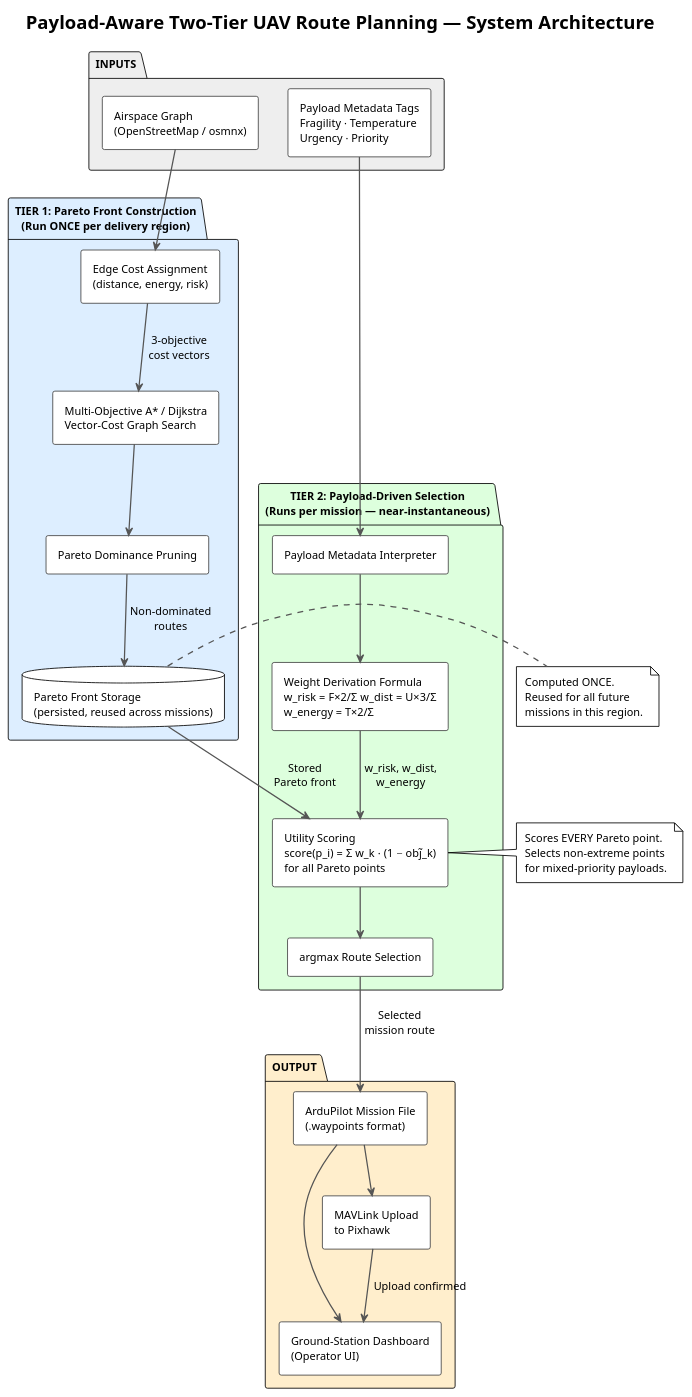
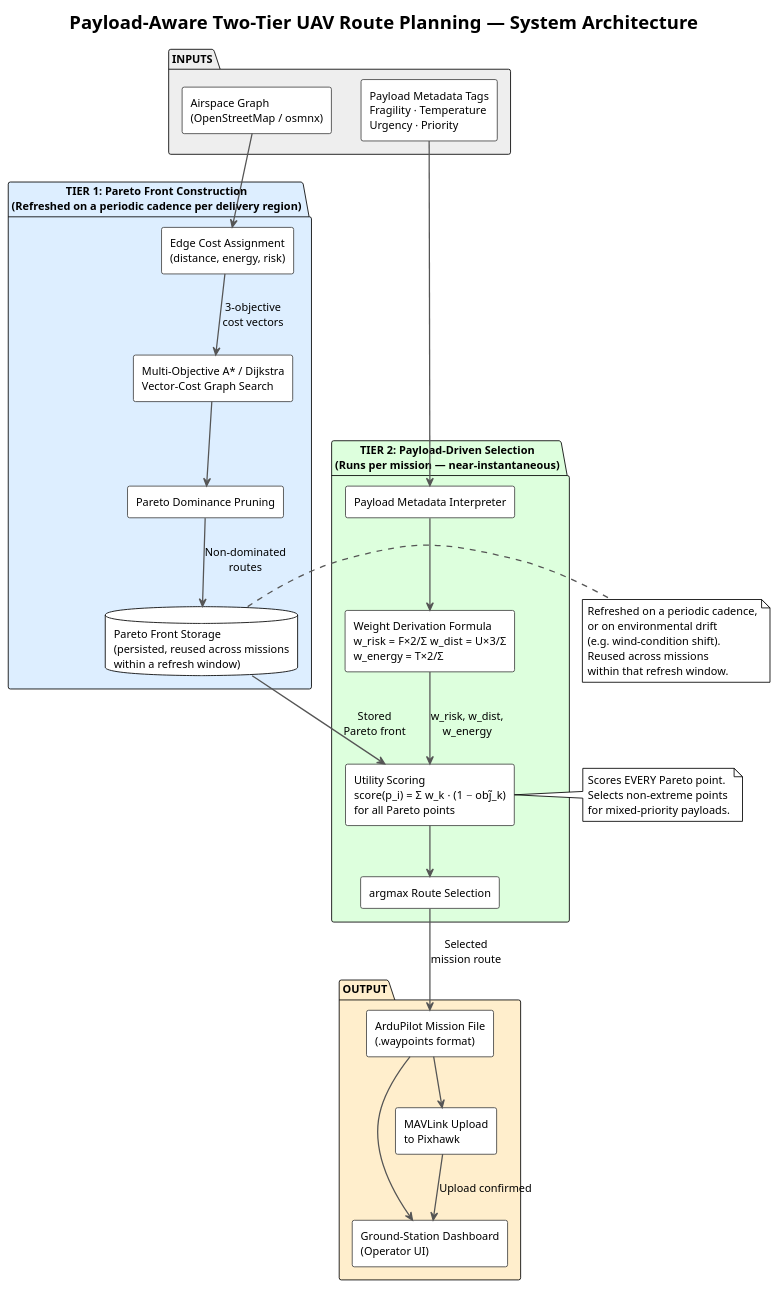
Before and after one commit to thirumuruganra/fyp-drone: the diagram in Review 1/Phase 1 Report/diagrams/arch.puml, drawn with PlantUML. The commit also changed 4 other files, not shown here.

First line of the commit message:
docs(review1): reword Pareto front reuse claim to periodic refresh cadence

```diff
--- a/Review 1/Phase 1 Report/diagrams/arch.puml
+++ b/Review 1/Phase 1 Report/diagrams/arch.puml
@@ -1,64 +1,65 @@
 @startuml arch
 !theme plain
 skinparam componentStyle rectangle
 skinparam defaultFontSize 13
-skinparam padding 4
 skinparam ArrowThickness 1.5
 skinparam ArrowColor #555555
 skinparam componentBorderColor #444444
 skinparam componentBackgroundColor #FFFFFF
 
 title Payload-Aware Two-Tier UAV Route Planning — System Architecture
 
 package "INPUTS" #EEEEEE {
   [Airspace Graph\n(OpenStreetMap / osmnx)] as AG
   [Payload Metadata Tags\nFragility · Temperature\nUrgency · Priority] as PMT
 }
 
-package "TIER 1: Pareto Front Construction\n(Run ONCE per delivery region)" #DDEEFF {
+package "TIER 1: Pareto Front Construction\n(Refreshed on a periodic cadence per delivery region)" #DDEEFF {
   [Edge Cost Assignment\n(distance, energy, risk)] as OCA
   [Multi-Objective A* / Dijkstra\nVector-Cost Graph Search] as MOA
   [Pareto Dominance Pruning] as PDF
-  database "Pareto Front Storage\n(persisted, reused across missions)" as PFS
+  database "Pareto Front Storage\n(persisted, reused across missions\nwithin a refresh window)" as PFS
 }
 
 package "TIER 2: Payload-Driven Selection\n(Runs per mission — near-instantaneous)" #DDFFDD {
   [Payload Metadata Interpreter] as PMI
   [Weight Derivation Formula\nw_risk = F×2/Σ  w_dist = U×3/Σ\nw_energy = T×2/Σ] as WDF
   [Utility Scoring\nscore(p_i) = Σ w_k · (1 − obj̃_k)\nfor all Pareto points] as US
   [argmax Route Selection] as RS
 }
 
 package "OUTPUT" #FFEECC {
   [ArduPilot Mission File\n(.waypoints format)] as MF
   [Ground-Station Dashboard\n(Operator UI)] as GSD
   [MAVLink Upload\nto Pixhawk] as ML
 }
 
 AG --> OCA
 OCA --> MOA : "3-objective\ncost vectors"
 MOA --> PDF
 PDF --> PFS : "Non-dominated\nroutes"
 
 PMT --> PMI
 PFS --> US : "Stored\nPareto front"
 PMI --> WDF
 WDF --> US : "w_risk, w_dist,\nw_energy"
 US --> RS
 RS --> MF : "Selected\nmission route"
 MF --> GSD
 MF --> ML
 ML --> GSD : "Upload confirmed"
 
 note right of PFS
-  Computed ONCE.
-  Reused for all future
-  missions in this region.
+  Refreshed on a periodic cadence,
+  or on environmental drift
+  (e.g. wind-condition shift).
+  Reused across missions
+  within that refresh window.
 end note
 
 note right of US
   Scores EVERY Pareto point.
   Selects non-extreme points
   for mixed-priority payloads.
 end note
 @enduml
```
